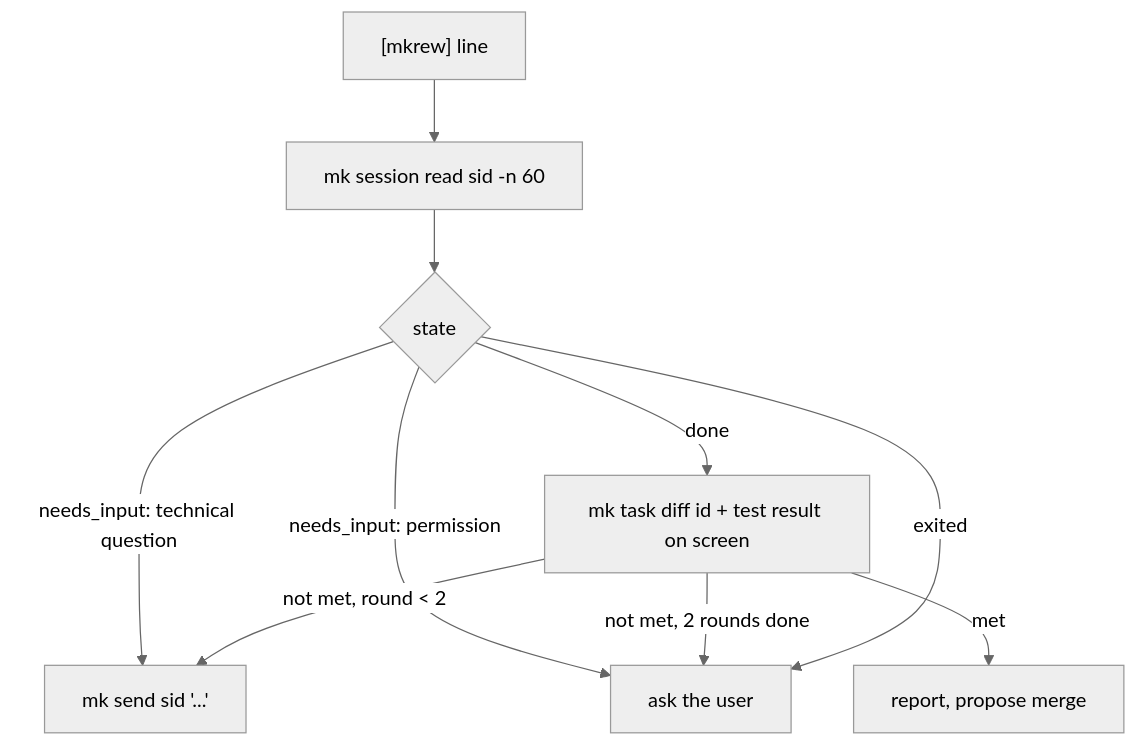
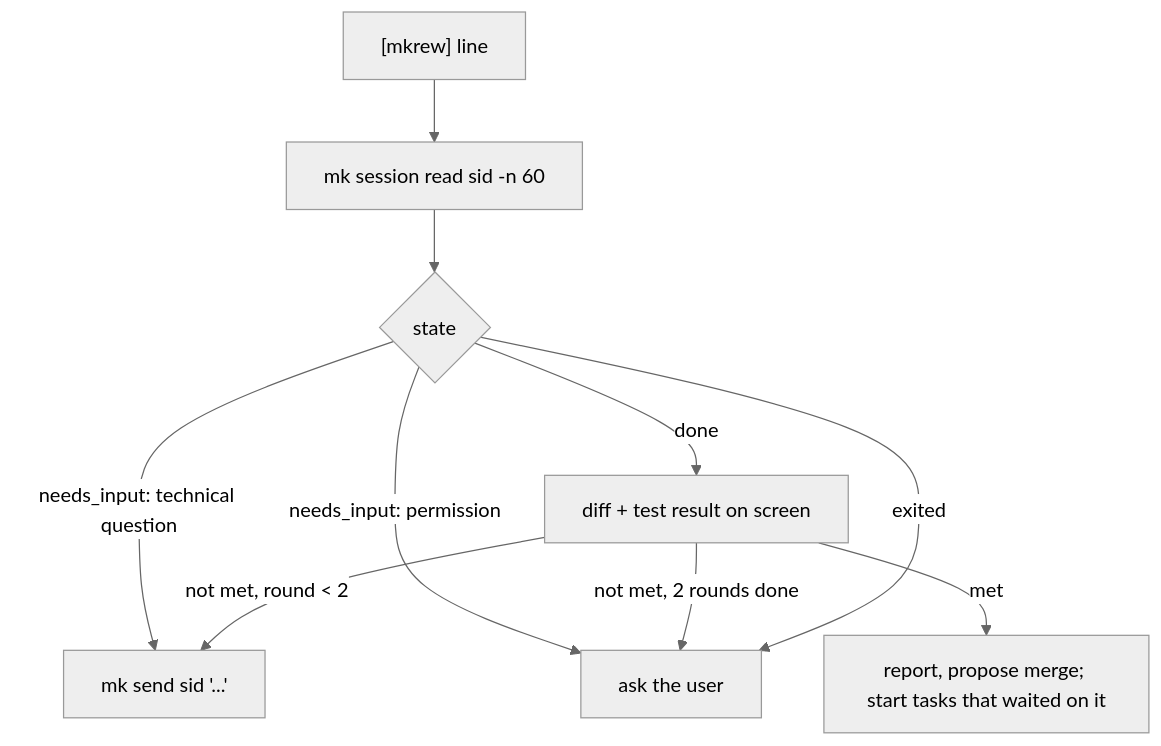
The second of 2 diagrams in docs/superpowers/specs/2026-10-28-captain-design.md (tungmk97/mkrew), drawn with Mermaid (neutral theme) before and after one commit. The commit also changed other lines of this file, not shown here.

````diff
--- a/docs/superpowers/specs/2026-10-28-captain-design.md
+++ b/docs/superpowers/specs/2026-10-28-captain-design.md
@@ -104,12 +159,12 @@
 ```mermaid
 flowchart TD
     N["[mkrew] line"] --> R["mk session read sid -n 60"]
     R --> K{state}
     K -->|"needs_input: technical question"| A["mk send sid '...'"]
     K -->|"needs_input: permission"| U[ask the user]
-    K -->|done| V["mk task diff id + test result on screen"]
+    K -->|done| V["diff + test result on screen"]
     V -->|"not met, round < 2"| A
-    V -->|met| M["report, propose merge"]
+    V -->|met| M["report, propose merge; start tasks that waited on it"]
     V -->|"not met, 2 rounds done"| U
     K -->|exited| U
 ```
````
